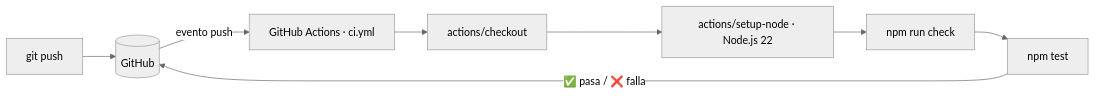
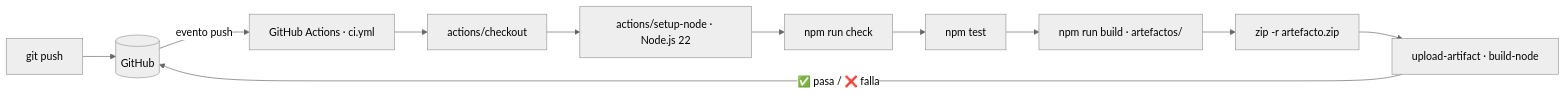
The diagram in README.md (ErickrU/ci-practica-equipo01), drawn with Mermaid (neutral theme) before and after one commit. The commit also changed other lines of this file and 6 other files, not shown here.

Commit message:
Agregar build automatico: etapa Build, ZIP y artefacto build-node en el pipeline

````diff
--- a/README.md
+++ b/README.md
@@ -34,10 +35,13 @@
 ```mermaid
 flowchart LR
     DEV[git push] --> GH[(GitHub)]
     GH -->|evento push| WF[GitHub Actions · ci.yml]
     WF --> A[actions/checkout]
     A --> B[actions/setup-node · Node.js 22]
     B --> C[npm run check]
     C --> D[npm test]
-    D -->|✅ pasa / ❌ falla| GH
+    D --> E[npm run build · artefactos/]
+    E --> F[zip -r artefacto.zip]
+    F --> G[upload-artifact · build-node]
+    G -->|✅ pasa / ❌ falla| GH
 ```
````
